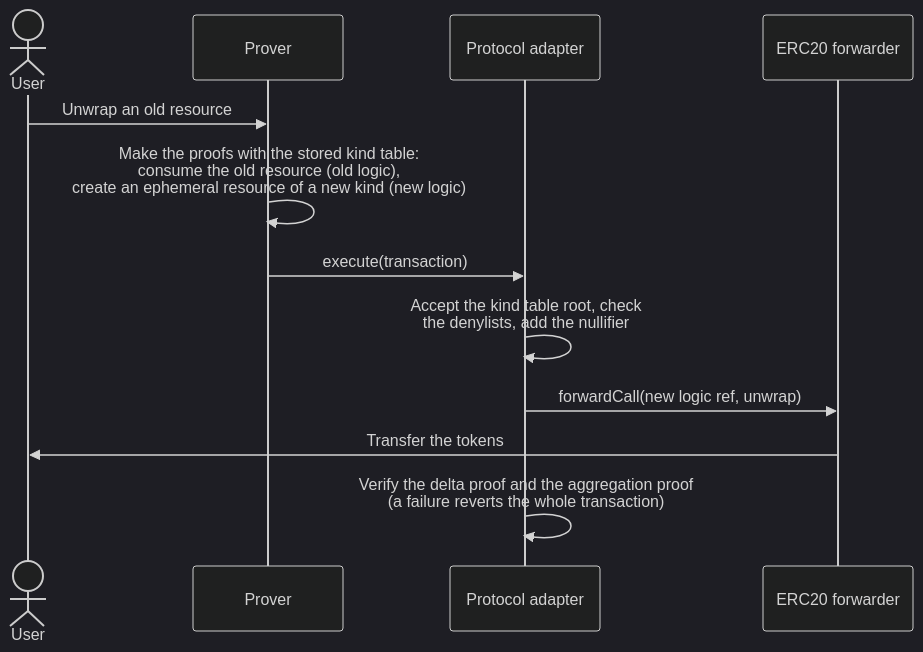
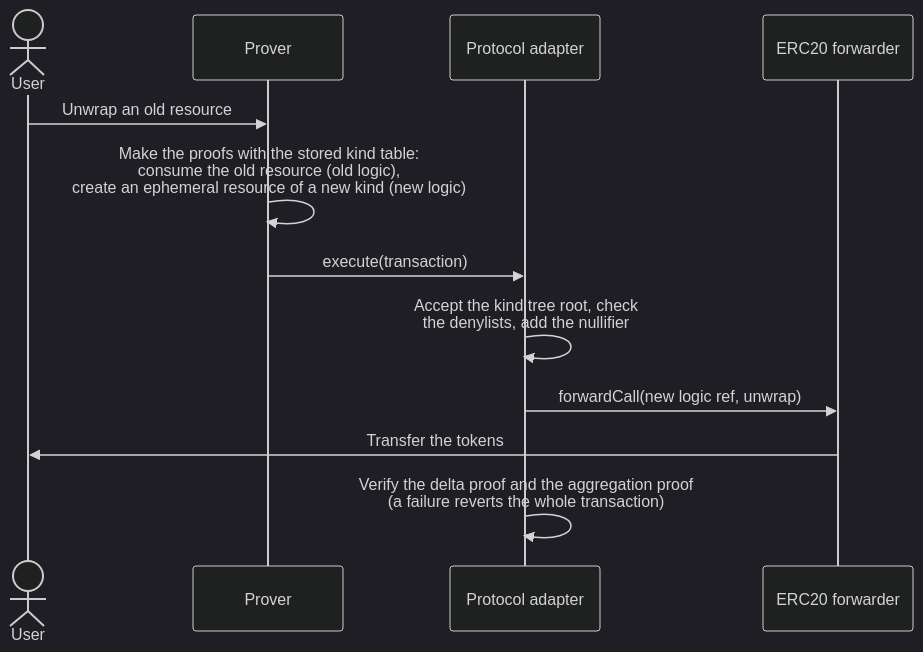
The diagram in docs/03-resource-kind-migration.md (anoma/pa-evm), drawn with Mermaid (dark theme) before and after one commit. The commit also changed other lines of this file and 3 other files, not shown here.

Commit message:
docs: use the kind tree root names

````diff
--- a/docs/03-resource-kind-migration.md
+++ b/docs/03-resource-kind-migration.md
@@ -52,15 +52,15 @@
 ```mermaid
 sequenceDiagram
     actor User
     participant Prover
     participant PA as Protocol adapter
     participant Fwd as ERC20 forwarder
 
     User->>Prover: Unwrap an old resource
     Prover->>Prover: Make the proofs with the stored kind table:<br/>consume the old resource (old logic),<br/>create an ephemeral resource of a new kind (new logic)
     Prover->>PA: execute(transaction)
-    PA->>PA: Accept the kind table root, check<br/>the denylists, add the nullifier
+    PA->>PA: Accept the kind tree root, check<br/>the denylists, add the nullifier
     PA->>Fwd: forwardCall(new logic ref, unwrap)
     Fwd->>User: Transfer the tokens
     PA->>PA: Verify the delta proof and the aggregation proof<br/>(a failure reverts the whole transaction)
 ```
````
